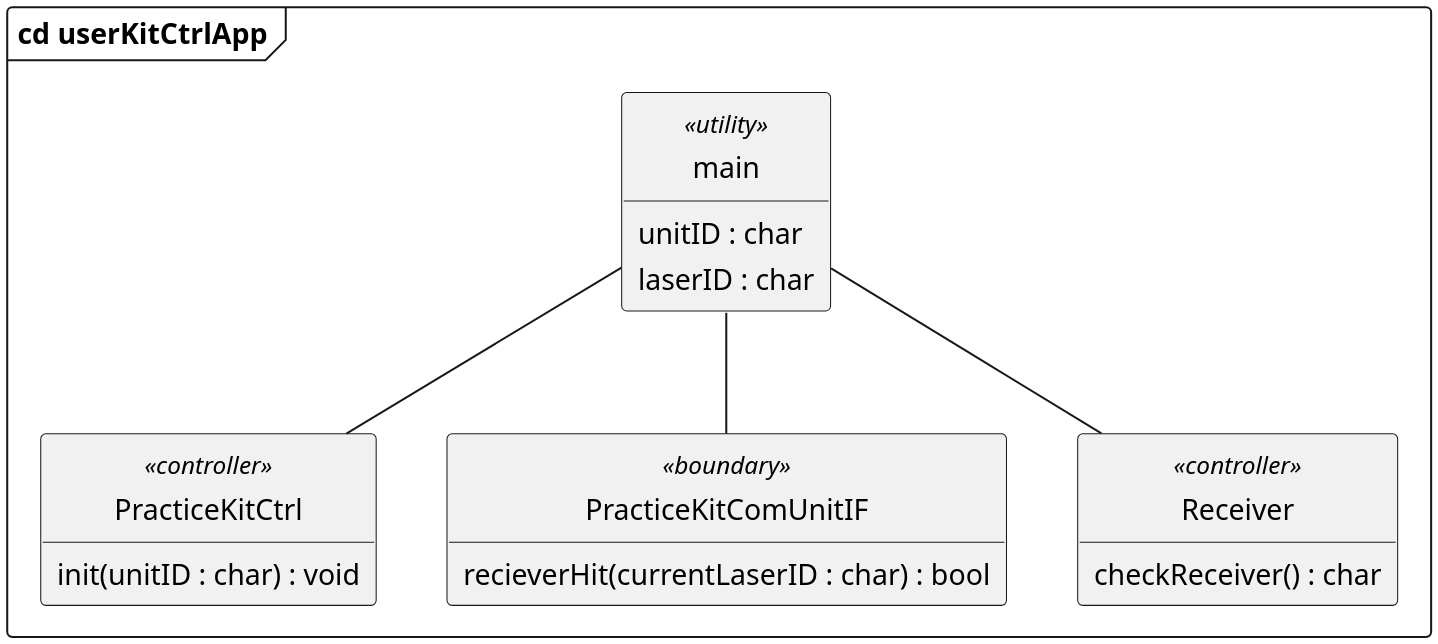
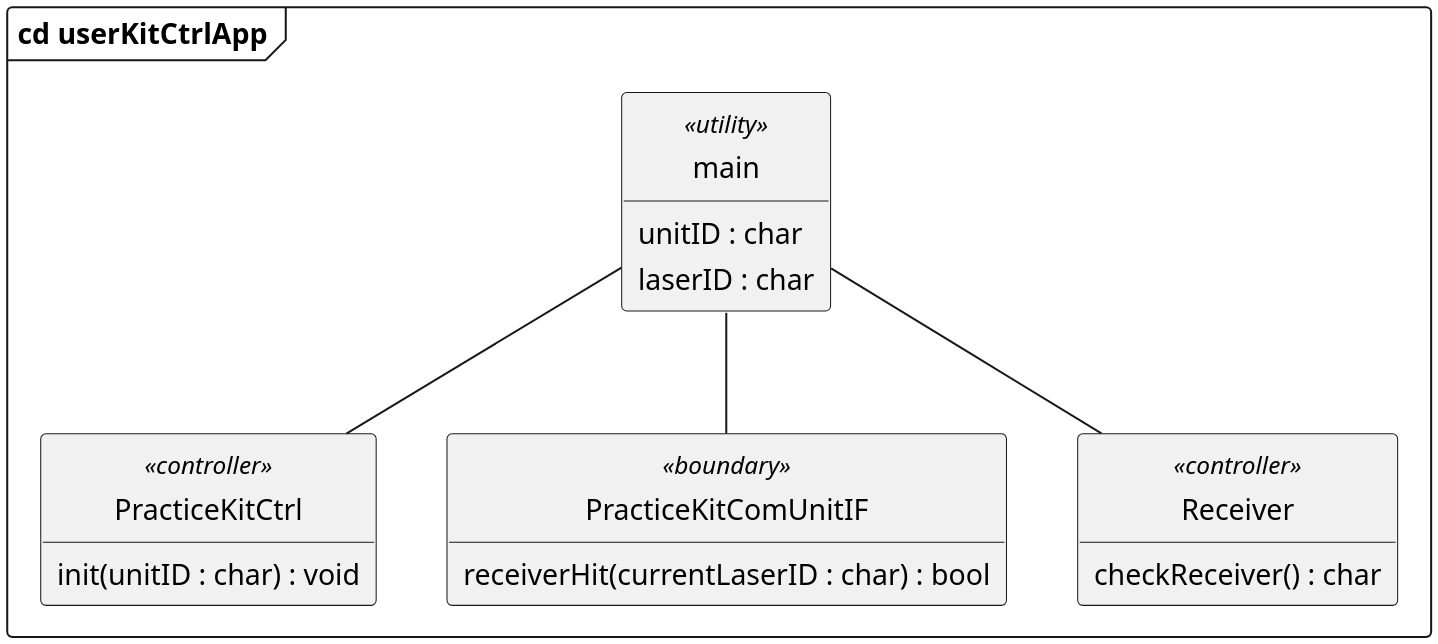
Before and after one commit to LasseKrarup/Laser-Tag-Project: the diagram in PlantUML/src/praticeKitCtrlApp_cd.plantuml, drawn with PlantUML. The commit also changed 3 other files, not shown here.

```diff
--- a/PlantUML/src/praticeKitCtrlApp_cd.plantuml
+++ b/PlantUML/src/praticeKitCtrlApp_cd.plantuml
@@ -1,39 +1,39 @@
 @startuml practiceKitCtrlApp_cd
 
 skinparam {
     monochrome true
     dpi 300
     padding 2
     packageStyle rectangle
     packageStyle frame
     shadowing false
     classAttributeIconSize 0
 }
 hide circle
 hide empty members
 
 frame "cd userKitCtrlApp" {
 
     class main <<utility>> {
         unitID : char
         laserID : char
     }
 
     class PracticeKitCtrl <<controller>> {
         init(unitID : char) : void
     }
 
     class PracticeKitComUnitIF <<boundary>> {
-        recieverHit(currentLaserID : char) : bool
+        receiverHit(currentLaserID : char) : bool
     }
 
     class Receiver <<controller>> {
         checkReceiver() : char
     }
 }
 
 main -- PracticeKitCtrl
 main -- Receiver
 main -- PracticeKitComUnitIF
 
 @enduml
```
